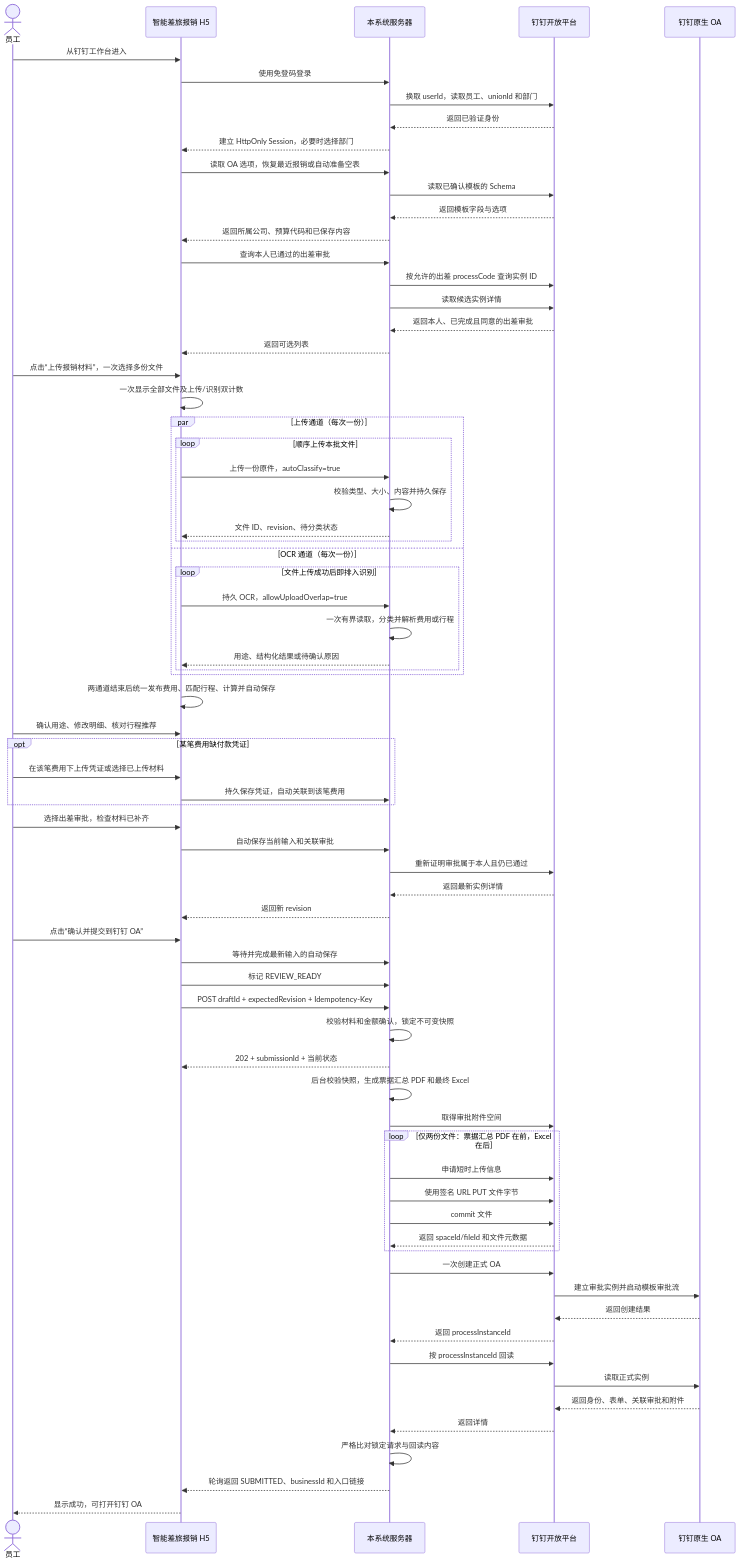
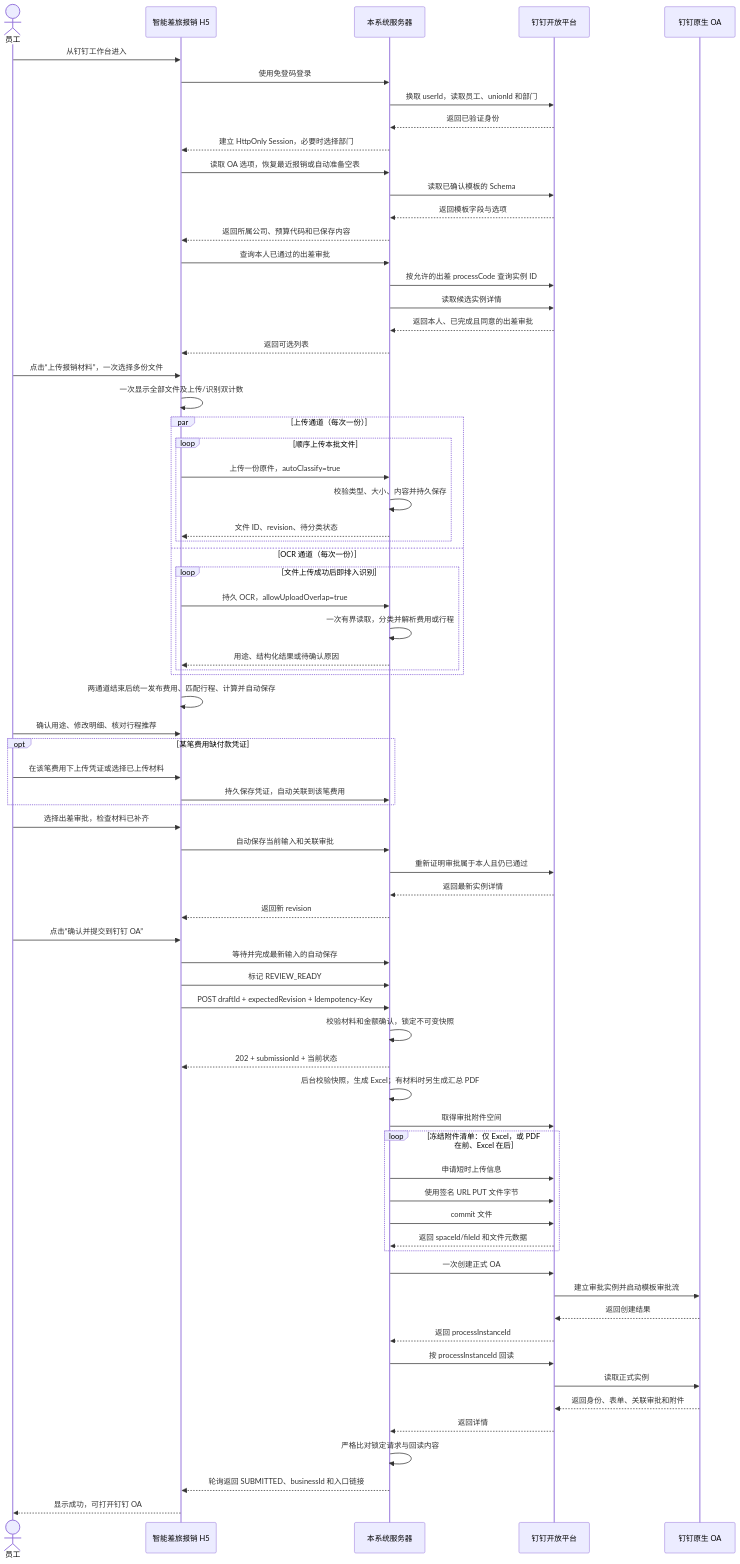
The second of 3 diagrams in docs/DINGTALK_OA_INTEGRATION_DESIGN.md (w59227c/dingtalk-travel-reimbursement), drawn with Mermaid before and after one commit. The commit also changed other lines of this file and 25 other files, not shown here.

````diff
--- a/docs/DINGTALK_OA_INTEGRATION_DESIGN.md
+++ b/docs/DINGTALK_OA_INTEGRATION_DESIGN.md
@@ -72,81 +72,81 @@
 ```mermaid
 sequenceDiagram
     actor U as 员工
     participant H as 智能差旅报销 H5
     participant S as 本系统服务器
     participant D as 钉钉开放平台
     participant OA as 钉钉原生 OA
 
     U->>H: 从钉钉工作台进入
     H->>S: 使用免登码登录
     S->>D: 换取 userId，读取员工、unionId 和部门
     D-->>S: 返回已验证身份
     S-->>H: 建立 HttpOnly Session，必要时选择部门
 
     H->>S: 读取 OA 选项，恢复最近报销或自动准备空表
     S->>D: 读取已确认模板的 Schema
     D-->>S: 返回模板字段与选项
     S-->>H: 返回所属公司、预算代码和已保存内容
 
     H->>S: 查询本人已通过的出差审批
     S->>D: 按允许的出差 processCode 查询实例 ID
     S->>D: 读取候选实例详情
     D-->>S: 返回本人、已完成且同意的出差审批
     S-->>H: 返回可选列表
 
     U->>H: 点击“上传报销材料”，一次选择多份文件
     H->>H: 一次显示全部文件及上传/识别双计数
     par 上传通道（每次一份）
         loop 顺序上传本批文件
             H->>S: 上传一份原件，autoClassify=true
             S->>S: 校验类型、大小、内容并持久保存
             S-->>H: 文件 ID、revision、待分类状态
         end
     and OCR 通道（每次一份）
         loop 文件上传成功后即排入识别
             H->>S: 持久 OCR，allowUploadOverlap=true
             S->>S: 一次有界读取，分类并解析费用或行程
             S-->>H: 用途、结构化结果或待确认原因
         end
     end
     H->>H: 两通道结束后统一发布费用、匹配行程、计算并自动保存
 
     U->>H: 确认用途、修改明细、核对行程推荐
     opt 某笔费用缺付款凭证
         U->>H: 在该笔费用下上传凭证或选择已上传材料
         H->>S: 持久保存凭证，自动关联到该笔费用
     end
     U->>H: 选择出差审批，检查材料已补齐
     H->>S: 自动保存当前输入和关联审批
     S->>D: 重新证明审批属于本人且仍已通过
     D-->>S: 返回最新实例详情
     S-->>H: 返回新 revision
 
     U->>H: 点击“确认并提交到钉钉 OA”
     H->>S: 等待并完成最新输入的自动保存
     H->>S: 标记 REVIEW_READY
     H->>S: POST draftId + expectedRevision + Idempotency-Key
     S->>S: 校验材料和金额确认，锁定不可变快照
     S-->>H: 202 + submissionId + 当前状态
 
-    S->>S: 后台校验快照，生成票据汇总 PDF 和最终 Excel
+    S->>S: 后台校验快照，生成 Excel；有材料时另生成汇总 PDF
     S->>D: 取得审批附件空间
-    loop 仅两份文件：票据汇总 PDF 在前，Excel 在后
+    loop 冻结附件清单：仅 Excel，或 PDF 在前、Excel 在后
         S->>D: 申请短时上传信息
         S->>D: 使用签名 URL PUT 文件字节
         S->>D: commit 文件
         D-->>S: 返回 spaceId/fileId 和文件元数据
     end
 
     S->>D: 一次创建正式 OA
     D->>OA: 建立审批实例并启动模板审批流
     OA-->>D: 返回创建结果
     D-->>S: 返回 processInstanceId
     S->>D: 按 processInstanceId 回读
     D->>OA: 读取正式实例
     OA-->>D: 返回身份、表单、关联审批和附件
     D-->>S: 返回详情
     S->>S: 严格比对锁定请求与回读内容
     S-->>H: 轮询返回 SUBMITTED、businessId 和入口链接
     H-->>U: 显示成功，可打开钉钉 OA
 ```
````
